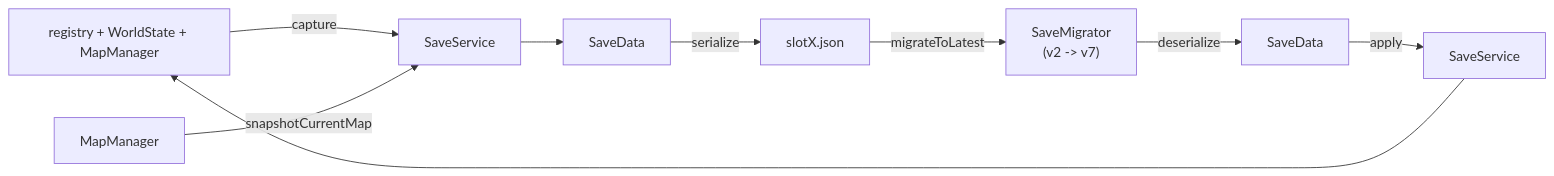
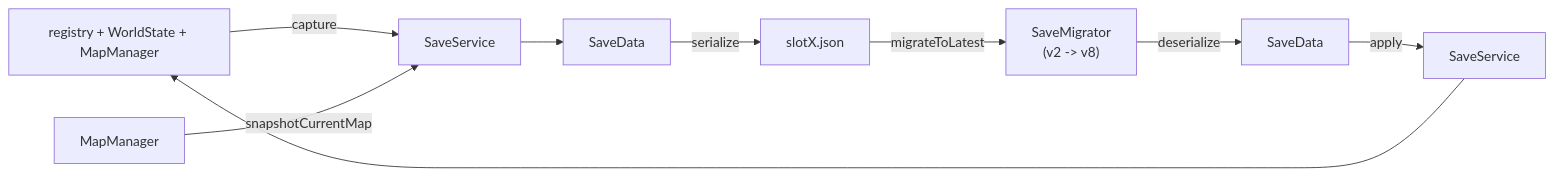
One commit to WispSnow/TinyFarmRPG changed the second of 2 diagrams in docs/game/save_and_flow.md. Above: the diagram before and after it, drawn with Mermaid. The commit also changed other lines of this file and 18 other files, not shown here.

````diff
--- a/docs/game/save_and_flow.md
+++ b/docs/game/save_and_flow.md
@@ -27,16 +27,16 @@
 ```mermaid
 flowchart LR
   %% Save path
   World["registry + WorldState + MapManager"] -->|capture| SaveSvcSave["SaveService"]
   SaveSvcSave --> SaveData["SaveData"]
   SaveData -->|serialize| JSON["slotX.json"]
 
   %% Load path
-  JSON -->|migrateToLatest| Migrator["SaveMigrator<br/>(v2 -> v7)"]
+  JSON -->|migrateToLatest| Migrator["SaveMigrator<br/>(v2 -> v8)"]
   Migrator -->|deserialize| SaveData2["SaveData"]
   SaveData2 -->|apply| SaveSvcLoad["SaveService"]
   SaveSvcLoad --> World
 
   %% Invariant
   MapMgr["MapManager"] -->|snapshotCurrentMap| SaveSvcSave
 ```
````
